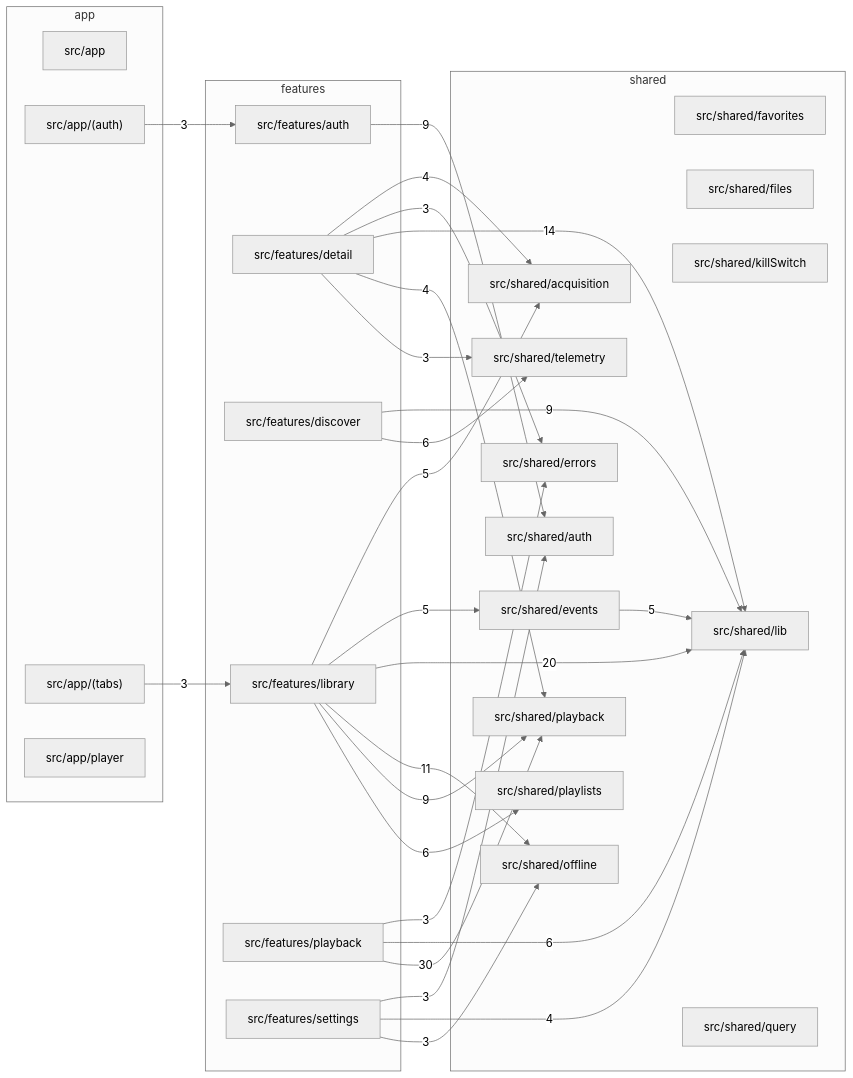
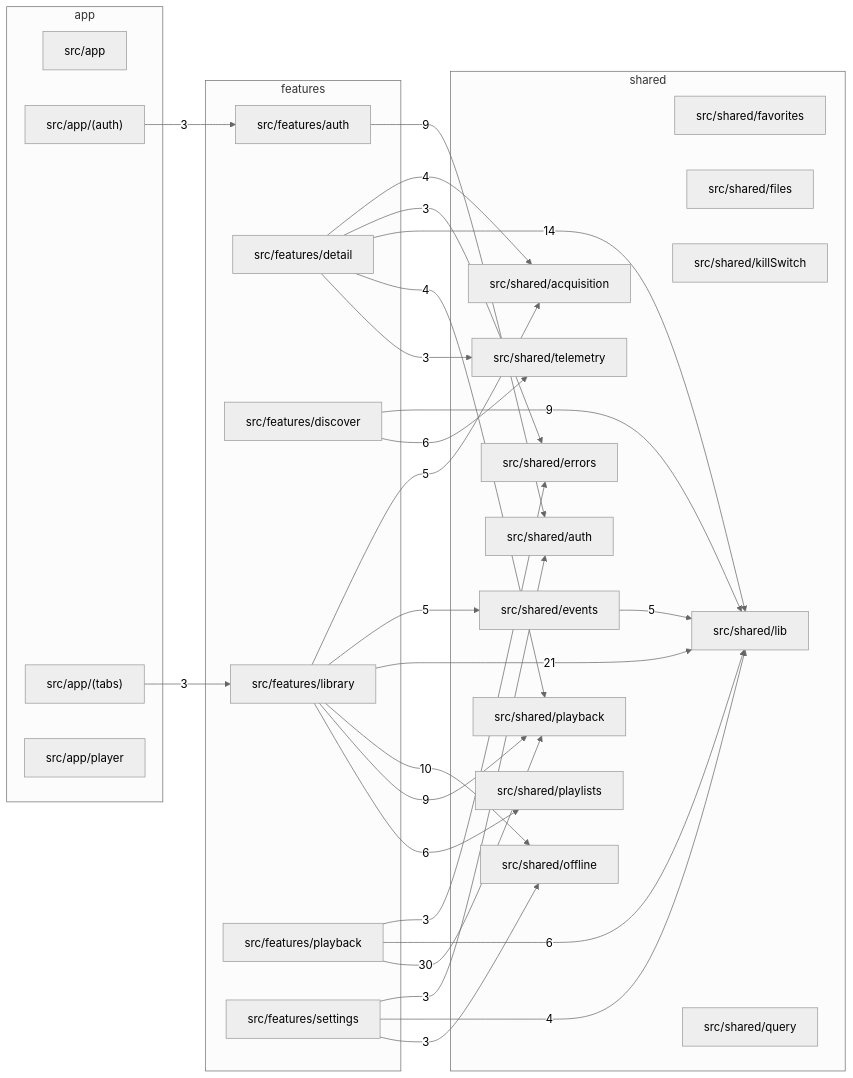
Before and after one commit to aleburrascano/altune: the third of 3 diagrams in docs/architecture.md, drawn with Mermaid (neutral theme). The commit also changed 3 other files, not shown here.

First line of the commit message:
refactor(mobile): route FeaturingScreen through shared track-menu and explore seams (#2424)

````diff
--- a/docs/architecture.md
+++ b/docs/architecture.md
@@ -68,55 +68,55 @@
 ```mermaid
 flowchart LR
   subgraph app
     apps_mobile_src_app["src/app"]
     apps_mobile_src_app__auth_["src/app/(auth)"]
     apps_mobile_src_app__tabs_["src/app/(tabs)"]
     apps_mobile_src_app_player["src/app/player"]
   end
   subgraph features
     apps_mobile_src_features_auth["src/features/auth"]
     apps_mobile_src_features_detail["src/features/detail"]
     apps_mobile_src_features_discover["src/features/discover"]
     apps_mobile_src_features_library["src/features/library"]
     apps_mobile_src_features_playback["src/features/playback"]
     apps_mobile_src_features_settings["src/features/settings"]
   end
   subgraph shared
     apps_mobile_src_shared_acquisition["src/shared/acquisition"]
     apps_mobile_src_shared_auth["src/shared/auth"]
     apps_mobile_src_shared_errors["src/shared/errors"]
     apps_mobile_src_shared_events["src/shared/events"]
     apps_mobile_src_shared_favorites["src/shared/favorites"]
     apps_mobile_src_shared_files["src/shared/files"]
     apps_mobile_src_shared_killSwitch["src/shared/killSwitch"]
     apps_mobile_src_shared_lib["src/shared/lib"]
     apps_mobile_src_shared_offline["src/shared/offline"]
     apps_mobile_src_shared_playback["src/shared/playback"]
     apps_mobile_src_shared_playlists["src/shared/playlists"]
     apps_mobile_src_shared_query["src/shared/query"]
     apps_mobile_src_shared_telemetry["src/shared/telemetry"]
   end
   apps_mobile_src_app__auth_ -->|3| apps_mobile_src_features_auth
   apps_mobile_src_app__tabs_ -->|3| apps_mobile_src_features_library
   apps_mobile_src_features_auth -->|9| apps_mobile_src_shared_auth
   apps_mobile_src_features_detail -->|4| apps_mobile_src_shared_acquisition
   apps_mobile_src_features_detail -->|3| apps_mobile_src_shared_errors
   apps_mobile_src_features_detail -->|14| apps_mobile_src_shared_lib
   apps_mobile_src_features_detail -->|4| apps_mobile_src_shared_playback
   apps_mobile_src_features_detail -->|3| apps_mobile_src_shared_telemetry
   apps_mobile_src_features_discover -->|9| apps_mobile_src_shared_lib
   apps_mobile_src_features_discover -->|6| apps_mobile_src_shared_telemetry
   apps_mobile_src_features_library -->|5| apps_mobile_src_shared_acquisition
   apps_mobile_src_features_library -->|5| apps_mobile_src_shared_events
-  apps_mobile_src_features_library -->|20| apps_mobile_src_shared_lib
-  apps_mobile_src_features_library -->|11| apps_mobile_src_shared_offline
+  apps_mobile_src_features_library -->|21| apps_mobile_src_shared_lib
+  apps_mobile_src_features_library -->|10| apps_mobile_src_shared_offline
   apps_mobile_src_features_library -->|9| apps_mobile_src_shared_playback
   apps_mobile_src_features_library -->|6| apps_mobile_src_shared_playlists
   apps_mobile_src_features_playback -->|3| apps_mobile_src_shared_errors
   apps_mobile_src_features_playback -->|6| apps_mobile_src_shared_lib
   apps_mobile_src_features_playback -->|30| apps_mobile_src_shared_playback
   apps_mobile_src_features_settings -->|3| apps_mobile_src_shared_auth
   apps_mobile_src_features_settings -->|4| apps_mobile_src_shared_lib
   apps_mobile_src_features_settings -->|3| apps_mobile_src_shared_offline
   apps_mobile_src_shared_events -->|5| apps_mobile_src_shared_lib
 ```
````
